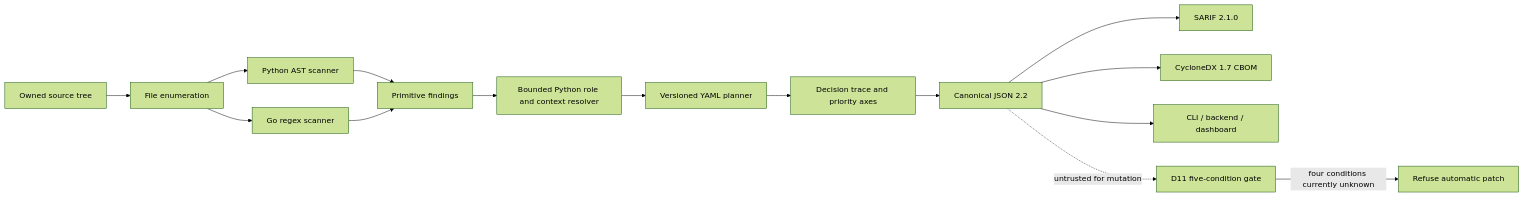
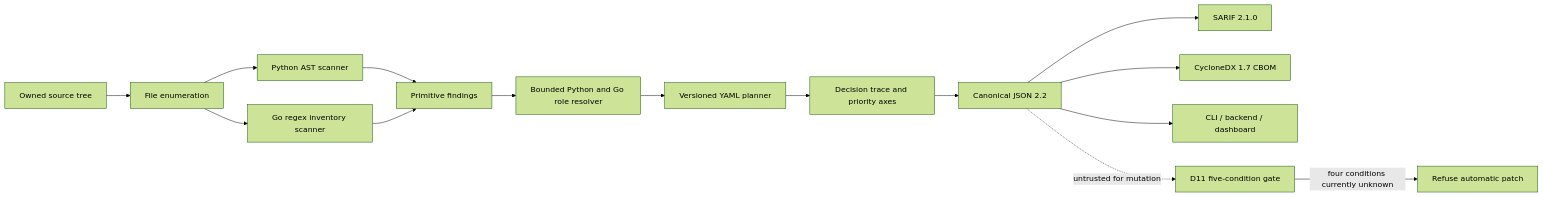
One commit to Ratneshp1122/PQMigrate changed the diagram in docs/BEGINNER_GUIDE_AND_ALGORITHMIC_ANALYSIS.md. Above: the diagram before and after it, drawn with Mermaid (forest theme). The commit also changed other lines of this file and 25 other files, not shown here.

````diff
--- a/docs/BEGINNER_GUIDE_AND_ALGORITHMIC_ANALYSIS.md
+++ b/docs/BEGINNER_GUIDE_AND_ALGORITHMIC_ANALYSIS.md
@@ -93,17 +93,17 @@
 ```mermaid
 flowchart LR
     A[Owned source tree] --> B[File enumeration]
     B --> C[Python AST scanner]
-    B --> D[Go regex scanner]
+    B --> D[Go regex inventory scanner]
     C --> E[Primitive findings]
     D --> E
-    E --> F[Bounded Python role and context resolver]
+    E --> F[Bounded Python and Go role resolver]
     F --> G[Versioned YAML planner]
     G --> H[Decision trace and priority axes]
     H --> I[Canonical JSON 2.2]
     I --> J[SARIF 2.1.0]
     I --> K[CycloneDX 1.7 CBOM]
     I --> L[CLI / backend / dashboard]
     I -. untrusted for mutation .-> M[D11 five-condition gate]
     M -->|four conditions currently unknown| N[Refuse automatic patch]
 ```
````
